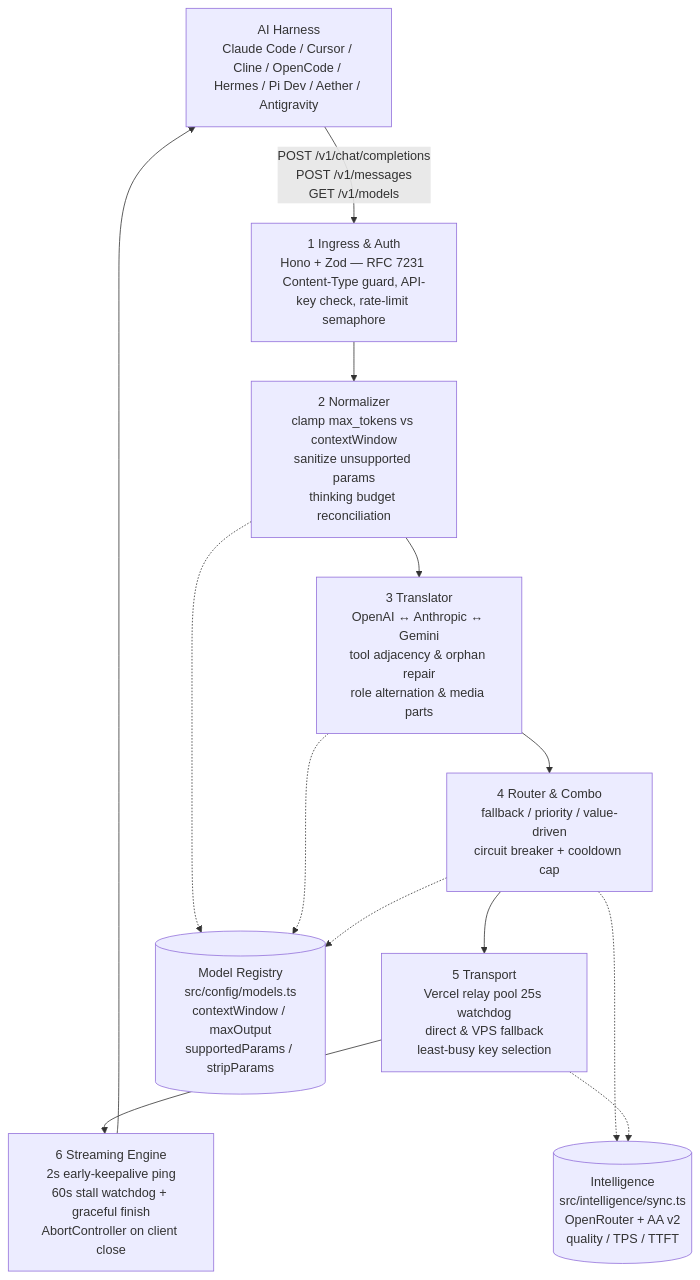
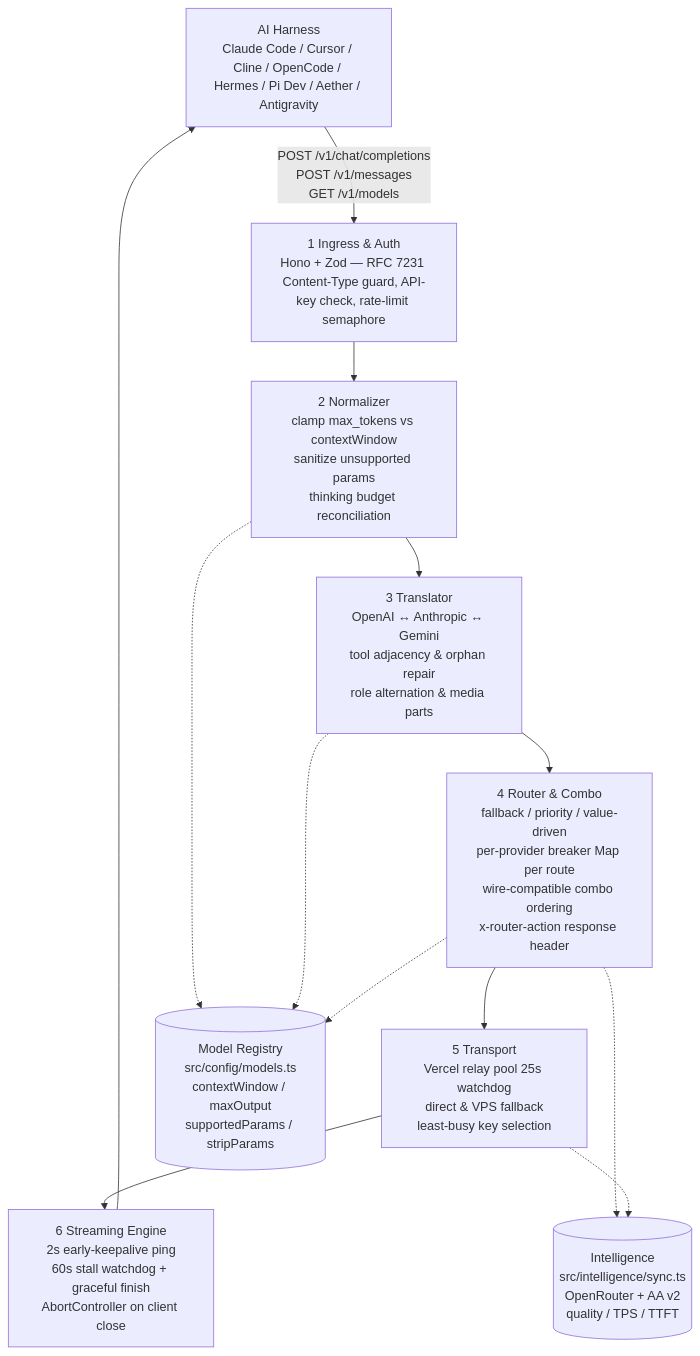
The diagram in docs/ARCHITECTURE.md (trefeon/lmntea-router), drawn with Mermaid before and after one commit. The commit also changed other lines of this file and 7 other files, not shown here.

````diff
--- a/docs/ARCHITECTURE.md
+++ b/docs/ARCHITECTURE.md
@@ -12,22 +12,22 @@
 ```mermaid
 flowchart TD
     Client[AI Harness<br/>Claude Code / Cursor / Cline / OpenCode / Hermes / Pi Dev / Aether / Antigravity]
     Ingress[1 Ingress & Auth<br/>Hono + Zod — RFC 7231 Content-Type guard, API-key check, rate-limit semaphore]
     Normalizer[2 Normalizer<br/>clamp max_tokens vs contextWindow<br/>sanitize unsupported params<br/>thinking budget reconciliation]
     Translator[3 Translator<br/>OpenAI ↔ Anthropic ↔ Gemini<br/>tool adjacency & orphan repair<br/>role alternation & media parts]
-    Router[4 Router & Combo<br/>fallback / priority / value-driven<br/>circuit breaker + cooldown cap]
+    Router[4 Router & Combo<br/>fallback / priority / value-driven<br/>per-provider breaker Map per route<br/>wire-compatible combo ordering<br/>x-router-action response header]
     Transport[5 Transport<br/>Vercel relay pool 25s watchdog<br/>direct & VPS fallback<br/>least-busy key selection]
     Streaming[6 Streaming Engine<br/>2s early-keepalive ping<br/>60s stall watchdog + graceful finish<br/>AbortController on client close]
 
     Client -->|POST /v1/chat/completions<br/>POST /v1/messages<br/>GET /v1/models| Ingress
     Ingress --> Normalizer --> Translator --> Router --> Transport --> Streaming --> Client
 
     Registry[(Model Registry<br/>src/config/models.ts<br/>contextWindow / maxOutput<br/>supportedParams / stripParams)]
     Intelligence[(Intelligence<br/>src/intelligence/sync.ts<br/>OpenRouter + AA v2<br/>quality / TPS / TTFT)]
 
     Normalizer -.-> Registry
     Translator -.-> Registry
     Router -.-> Registry
     Router -.-> Intelligence
     Transport -.-> Intelligence
 ```
````
